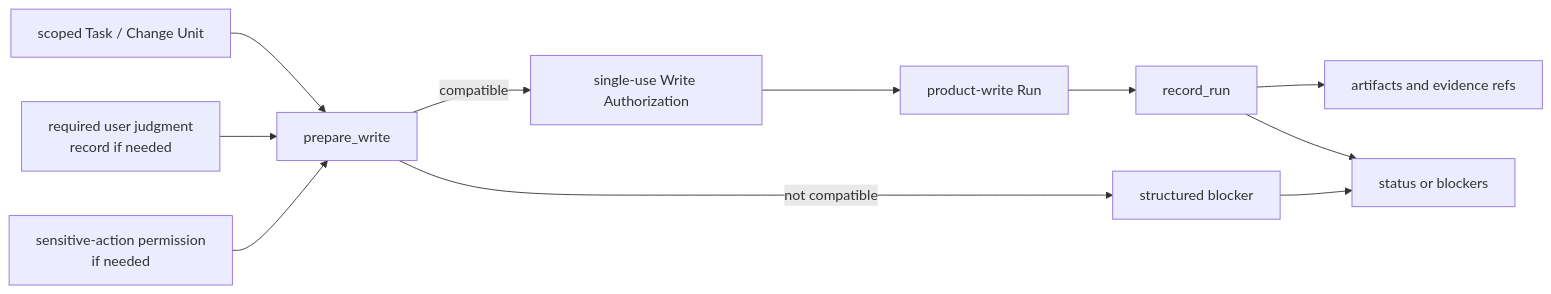
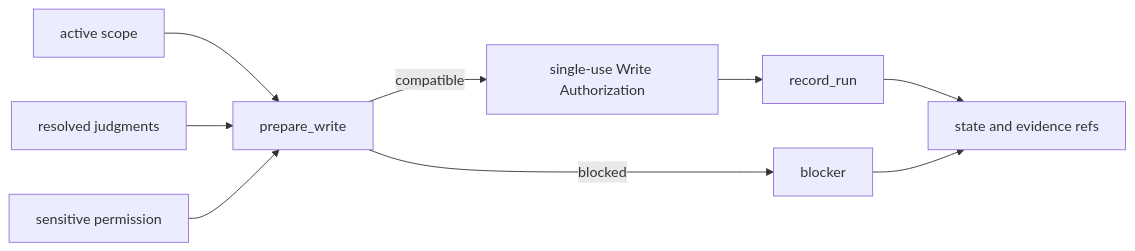
The second of 3 diagrams in docs/en/reference/core-model.md (minjungw00/Harness_Project), drawn with Mermaid before and after one commit. The commit also changed other lines of this file and 15 other files, not shown here.

Commit message:
docs: simplify and audit Harness diagrams

````diff
--- a/docs/en/reference/core-model.md
+++ b/docs/en/reference/core-model.md
@@ -565,13 +565,11 @@
 ```mermaid
 flowchart LR
-  Scope["scoped Task / Change Unit"] --> Prepare["prepare_write"]
-  Judgment["required user judgment<br/>record if needed"] --> Prepare
-  Approval["sensitive-action permission<br/>if needed"] --> Prepare
+  Scope["active scope"] --> Prepare["prepare_write"]
+  Judgment["resolved judgments"] --> Prepare
+  Approval["sensitive permission"] --> Prepare
   Prepare -->|compatible| Auth["single-use Write Authorization"]
-  Prepare -->|not compatible| Blocker["structured blocker"]
-  Auth --> Run["product-write Run"]
-  Run --> Record["record_run"]
-  Record --> Artifacts["artifacts and evidence refs"]
-  Record --> Status["status or blockers"]
-  Blocker --> Status
+  Prepare -->|blocked| Blocker["blocker"]
+  Auth --> Record["record_run"]
+  Record --> State["state and evidence refs"]
+  Blocker --> State
 ```
````
